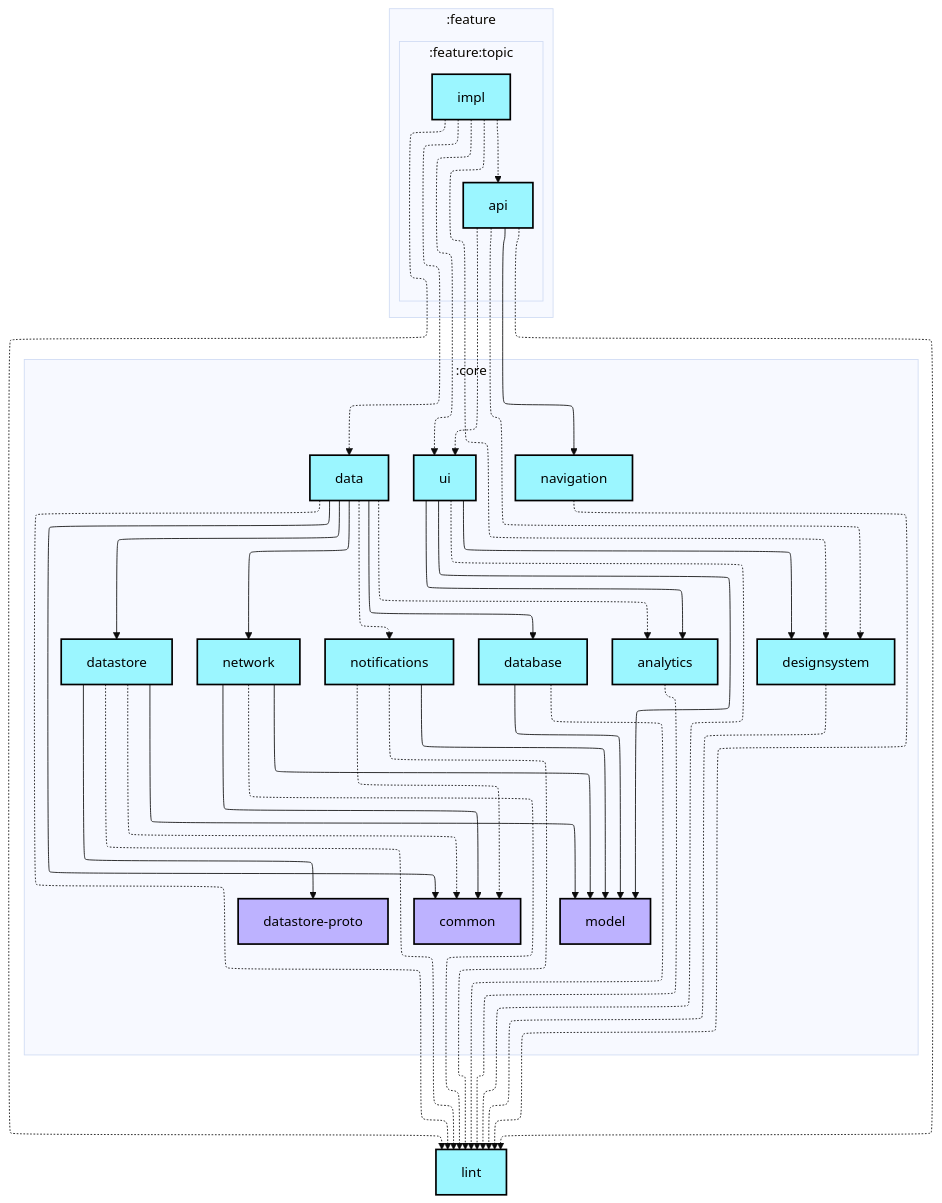
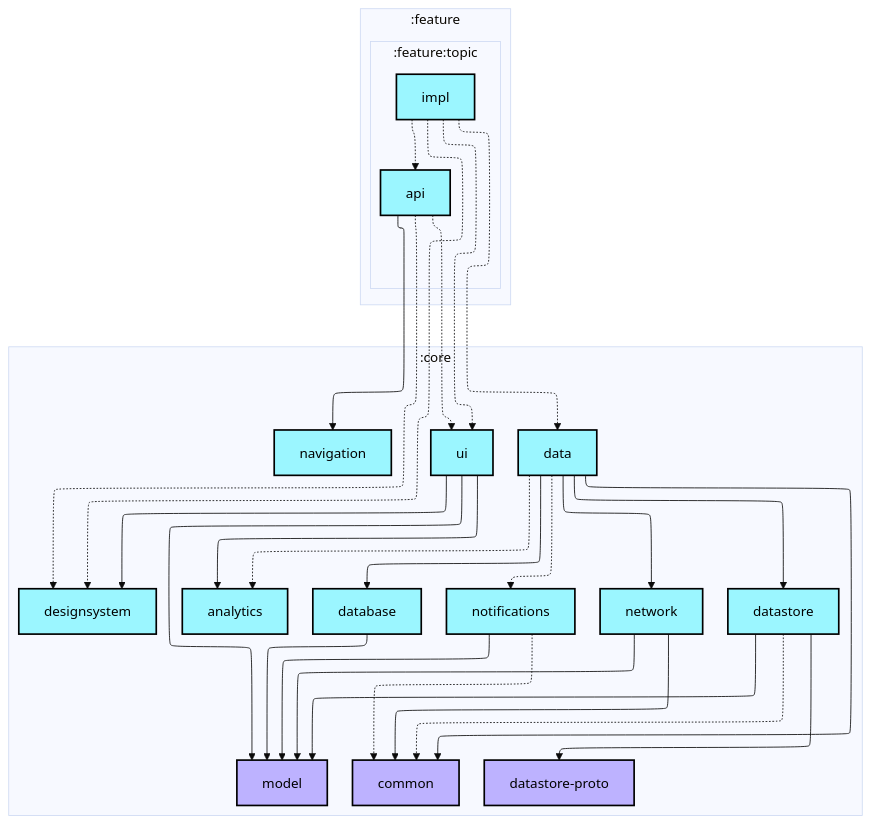
The first of 2 diagrams in feature/topic/impl/README.md (android/nowinandroid), drawn with Mermaid (base theme) before and after one commit. The commit also changed 30 other files, not shown here.

````diff
--- a/feature/topic/impl/README.md
+++ b/feature/topic/impl/README.md
@@ -6,76 +6,64 @@
 ```mermaid
 ---
 config:
   layout: elk
   elk:
     nodePlacementStrategy: SIMPLE
 ---
 graph TB
   subgraph :feature
     direction TB
     subgraph :feature:topic
       direction TB
       :feature:topic:api[api]:::android-library
       :feature:topic:impl[impl]:::android-library
     end
   end
   subgraph :core
     direction TB
     :core:analytics[analytics]:::android-library
     :core:common[common]:::jvm-library
     :core:data[data]:::android-library
     :core:database[database]:::android-library
     :core:datastore[datastore]:::android-library
     :core:datastore-proto[datastore-proto]:::jvm-library
     :core:designsystem[designsystem]:::android-library
     :core:model[model]:::jvm-library
     :core:navigation[navigation]:::android-library
     :core:network[network]:::android-library
     :core:notifications[notifications]:::android-library
     :core:ui[ui]:::android-library
   end
-  :lint[lint]:::android-library
 
-  :core:analytics -.-> :lint
   :core:data -.-> :core:analytics
   :core:data --> :core:common
   :core:data --> :core:database
   :core:data --> :core:datastore
   :core:data --> :core:network
   :core:data -.-> :core:notifications
-  :core:data -.-> :lint
   :core:database --> :core:model
-  :core:database -.-> :lint
   :core:datastore -.-> :core:common
   :core:datastore --> :core:datastore-proto
   :core:datastore --> :core:model
-  :core:datastore -.-> :lint
-  :core:designsystem -.-> :lint
-  :core:navigation -.-> :lint
   :core:network --> :core:common
   :core:network --> :core:model
-  :core:network -.-> :lint
   :core:notifications -.-> :core:common
   :core:notifications --> :core:model
-  :core:notifications -.-> :lint
   :core:ui --> :core:analytics
   :core:ui --> :core:designsystem
   :core:ui --> :core:model
-  :core:ui -.-> :lint
   :feature:topic:api -.-> :core:designsystem
   :feature:topic:api --> :core:navigation
   :feature:topic:api -.-> :core:ui
-  :feature:topic:api -.-> :lint
   :feature:topic:impl -.-> :core:data
   :feature:topic:impl -.-> :core:designsystem
   :feature:topic:impl -.-> :core:ui
   :feature:topic:impl -.-> :feature:topic:api
-  :feature:topic:impl -.-> :lint
 
 classDef android-application fill:#CAFFBF,stroke:#000,stroke-width:2px,color:#000;
 classDef android-feature fill:#FFD6A5,stroke:#000,stroke-width:2px,color:#000;
 classDef android-library fill:#9BF6FF,stroke:#000,stroke-width:2px,color:#000;
 classDef android-test fill:#A0C4FF,stroke:#000,stroke-width:2px,color:#000;
 classDef jvm-library fill:#BDB2FF,stroke:#000,stroke-width:2px,color:#000;
 classDef unknown fill:#FFADAD,stroke:#000,stroke-width:2px,color:#000;
 ```
````
